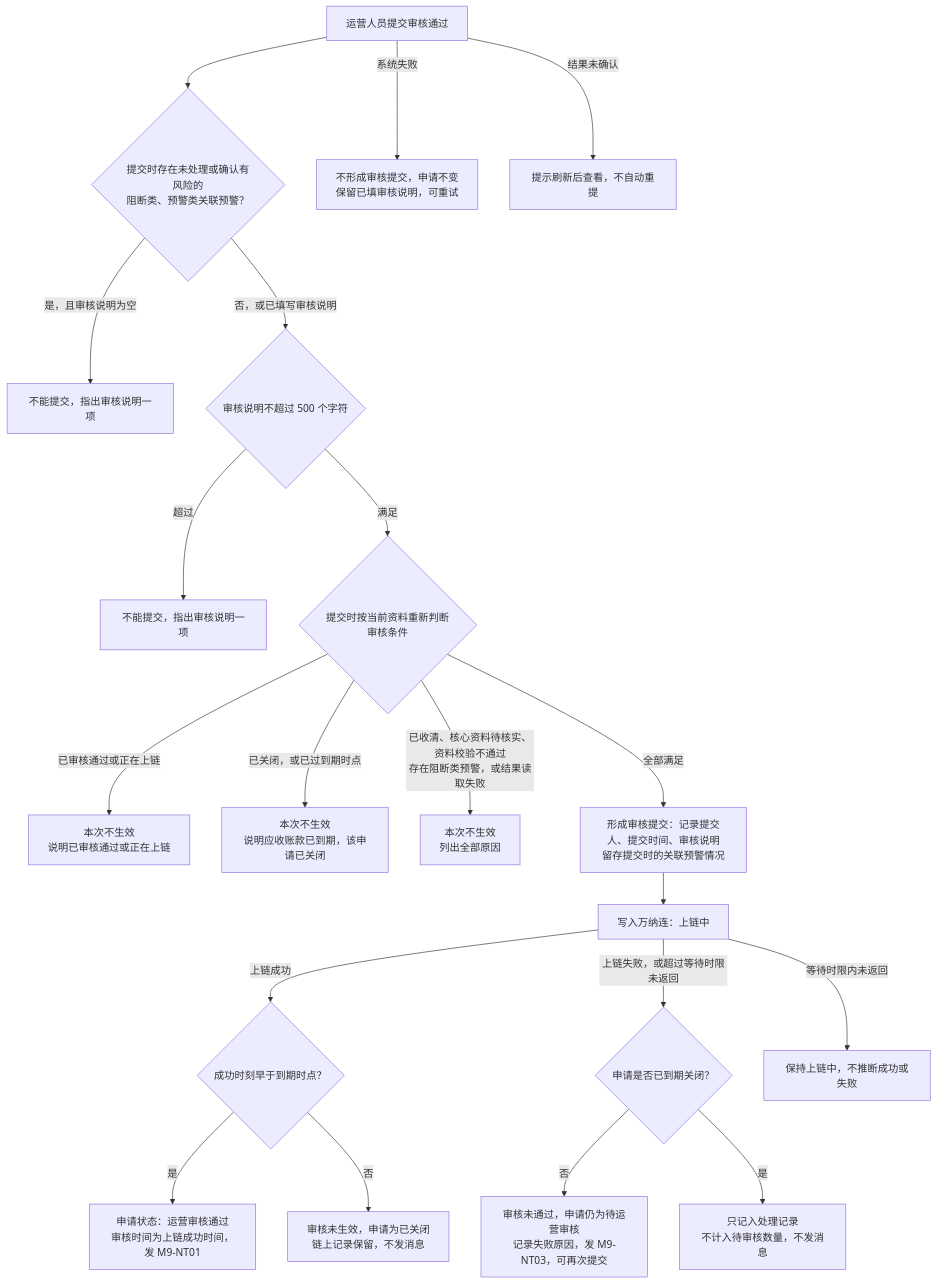
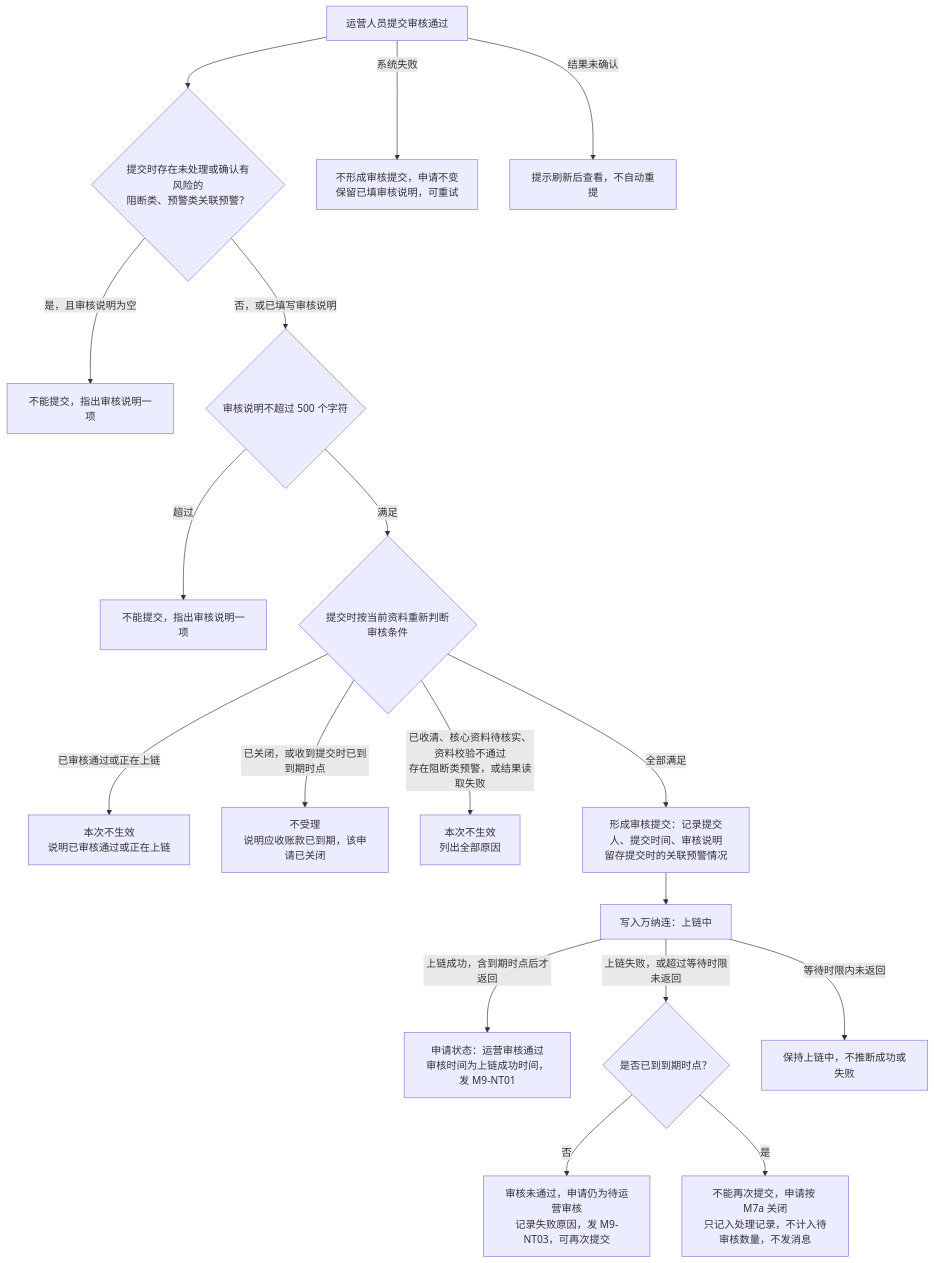
The second of 4 diagrams in asset-trust-platform/PRD/运营端/M9-运营审核/02-运营审核-流程图与状态机.md (wxblockchain/Chain-Financing), drawn with Mermaid before and after one commit. The commit also changed other lines of this file and 4 other files, not shown here.

````diff
--- a/asset-trust-platform/PRD/运营端/M9-运营审核/02-运营审核-流程图与状态机.md
+++ b/asset-trust-platform/PRD/运营端/M9-运营审核/02-运营审核-流程图与状态机.md
@@ -42,22 +42,20 @@
 ```mermaid
 flowchart TD
     A[运营人员提交审核通过] --> B{提交时存在未处理或确认有风险的<br/>阻断类、预警类关联预警？}
     B -->|是，且审核说明为空| B1[不能提交，指出审核说明一项]
     B -->|否，或已填写审核说明| B2{审核说明不超过 500 个字符}
     B2 -->|超过| B3[不能提交，指出审核说明一项]
     B2 -->|满足| C{提交时按当前资料重新判断审核条件}
     C -->|已审核通过或正在上链| C1[本次不生效<br/>说明已审核通过或正在上链]
-    C -->|已关闭，或已过到期时点| C2[本次不生效<br/>说明应收账款已到期，该申请已关闭]
+    C -->|已关闭，或收到提交时已到到期时点| C2[不受理<br/>说明应收账款已到期，该申请已关闭]
     C -->|已收清、核心资料待核实、资料校验不通过<br/>存在阻断类预警，或结果读取失败| C3[本次不生效<br/>列出全部原因]
     C -->|全部满足| D[形成审核提交：记录提交人、提交时间、审核说明<br/>留存提交时的关联预警情况]
     D --> E[写入万纳连：上链中]
-    E -->|上链成功| T{成功时刻早于到期时点？}
-    T -->|是| S[申请状态：运营审核通过<br/>审核时间为上链成功时间，发 M9-NT01]
-    T -->|否| S2[审核未生效，申请为已关闭<br/>链上记录保留，不发消息]
-    E -->|上链失败，或超过等待时限未返回| U{申请是否已到期关闭？}
+    E -->|上链成功，含到期时点后才返回| S[申请状态：运营审核通过<br/>审核时间为上链成功时间，发 M9-NT01]
+    E -->|上链失败，或超过等待时限未返回| U{是否已到到期时点？}
     U -->|否| X[审核未通过，申请仍为待运营审核<br/>记录失败原因，发 M9-NT03，可再次提交]
-    U -->|是| X2[只记入处理记录<br/>不计入待审核数量，不发消息]
+    U -->|是| X2[不能再次提交，申请按 M7a 关闭<br/>只记入处理记录，不计入待审核数量，不发消息]
     E -->|等待时限内未返回| W[保持上链中，不推断成功或失败]
     A -->|系统失败| F[不形成审核提交，申请不变<br/>保留已填审核说明，可重试]
     A -->|结果未确认| G[提示刷新后查看，不自动重提]
 ```
````
